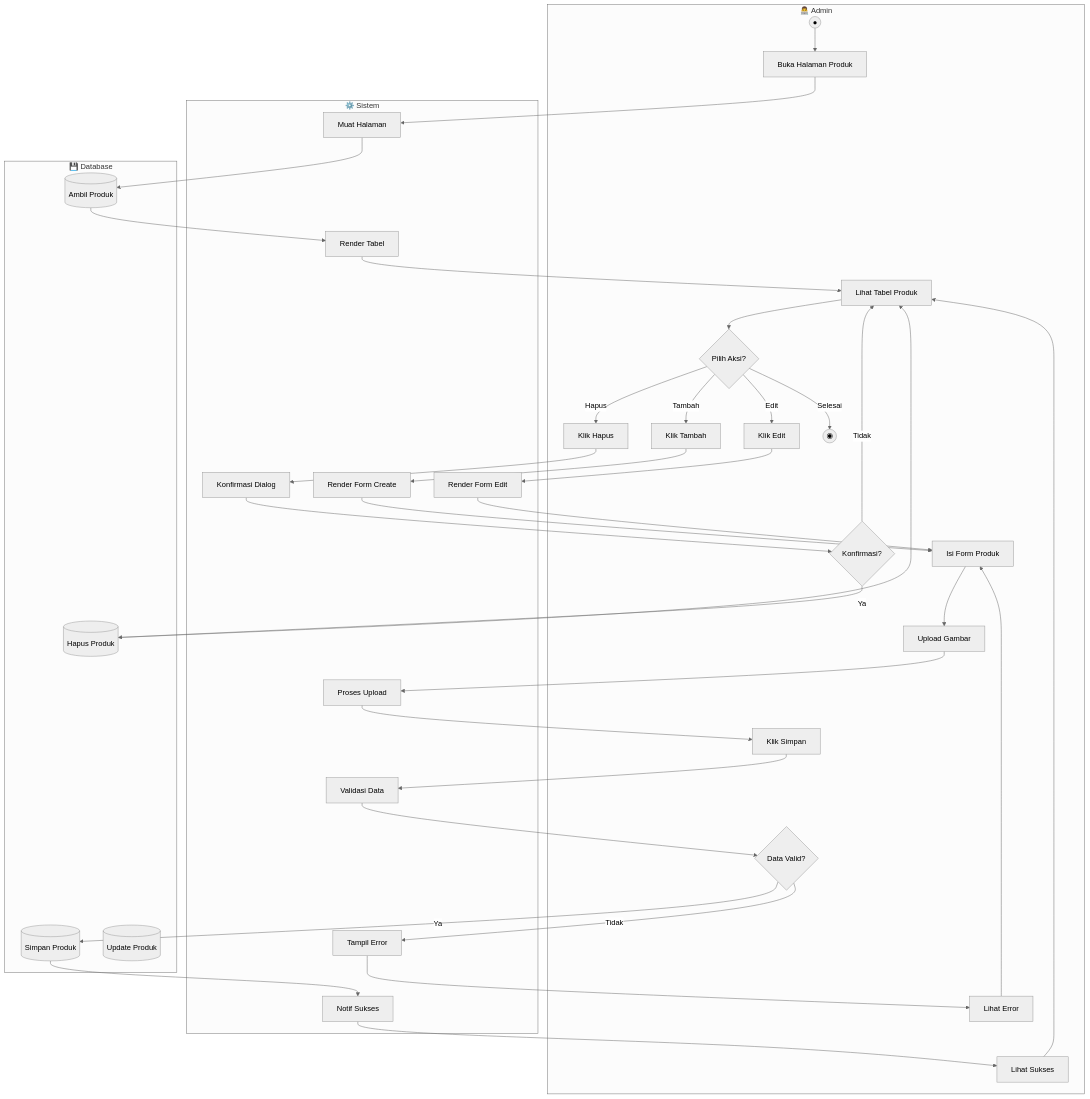
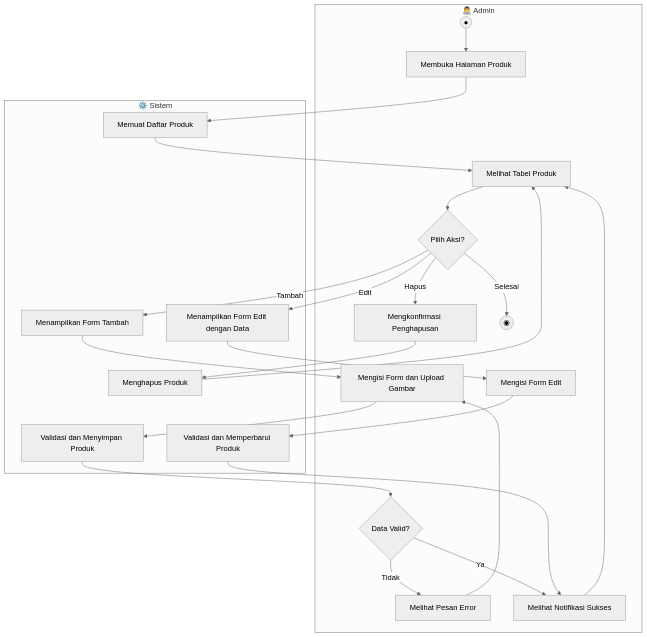
One commit to mustarisyahding07-spec/WEBSITE_SKRIPSI_MUSTARI changed diagram 12 of 17 in docs/ACTIVITY_DIAGRAMS.md. Above: the diagram before and after it, drawn with Mermaid (neutral theme). The commit also changed other lines of this file, not shown here.

Commit message:
docs: simplify activity diagrams and add academic explanations

````diff
--- a/docs/ACTIVITY_DIAGRAMS.md
+++ b/docs/ACTIVITY_DIAGRAMS.md
@@ -691,71 +519,46 @@
 ```mermaid
 flowchart TD
     subgraph Admin["👨‍💻 Admin"]
         A1((●))
-        A2[Buka Halaman Produk]
-        A3[Lihat Tabel Produk]
+        A2[Membuka Halaman Produk]
+        A3[Melihat Tabel Produk]
         A4{Pilih Aksi?}
-        A5[Klik Tambah]
-        A6[Isi Form Produk]
-        A7[Upload Gambar]
-        A8[Klik Simpan]
-        A9{Data Valid?}
-        A10[Lihat Error]
-        A11[Lihat Sukses]
-        A12[Klik Edit]
-        A13[Klik Hapus]
-        A14{Konfirmasi?}
-        A15((◉))
+        A5[Mengisi Form dan Upload Gambar]
+        A6{Data Valid?}
+        A7[Melihat Pesan Error]
+        A8[Melihat Notifikasi Sukses]
+        A9[Mengisi Form Edit]
+        A10[Mengkonfirmasi Penghapusan]
+        A11((◉))
     end
-    
+
     subgraph Sistem["⚙️ Sistem"]
-        S1[Muat Halaman]
-        S2[Render Tabel]
-        S3[Render Form Create]
-        S4[Proses Upload]
-        S5[Validasi Data]
-        S6[Tampil Error]
-        S7[Notif Sukses]
-        S8[Render Form Edit]
-        S9[Konfirmasi Dialog]
+        S1[Memuat Daftar Produk]
+        S2[Menampilkan Form Tambah]
+        S3[Validasi dan Menyimpan Produk]
+        S4[Menampilkan Form Edit dengan Data]
+        S5[Validasi dan Memperbarui Produk]
+        S6[Menghapus Produk]
     end
-    
-    subgraph Database["💾 Database"]
-        D1[(Ambil Produk)]
-        D2[(Simpan Produk)]
-        D3[(Update Produk)]
-        D4[(Hapus Produk)]
-    end
-    
+
     A1 --> A2
     A2 --> S1
-    S1 --> D1
-    D1 --> S2
-    S2 --> A3
+    S1 --> A3
     A3 --> A4
-    A4 -->|Tambah| A5
+    A4 -->|Tambah| S2
+    S2 --> A5
     A5 --> S3
     S3 --> A6
-    A6 --> A7
-    A7 --> S4
-    S4 --> A8
-    A8 --> S5
-    S5 --> A9
-    A9 -->|Tidak| S6
-    S6 --> A10
-    A10 --> A6
-    A9 -->|Ya| D2
-    D2 --> S7
-    S7 --> A11
-    A11 --> A3
-    A4 -->|Edit| A12
-    A12 --> S8
-    S8 --> A6
-    A4 -->|Hapus| A13
-    A13 --> S9
-    S9 --> A14
-    A14 -->|Ya| D4
-    D4 --> A3
-    A14 -->|Tidak| A3
-    A4 -->|Selesai| A15
+    A6 -->|Tidak| A7
+    A7 --> A5
+    A6 -->|Ya| A8
+    A8 --> A3
+    A4 -->|Edit| S4
+    S4 --> A9
+    A9 --> S5
+    S5 --> A8
+    A4 -->|Hapus| A10
+    A10 --> S6
+    S6 --> A3
+    A4 -->|Selesai| A11
 ```
````
